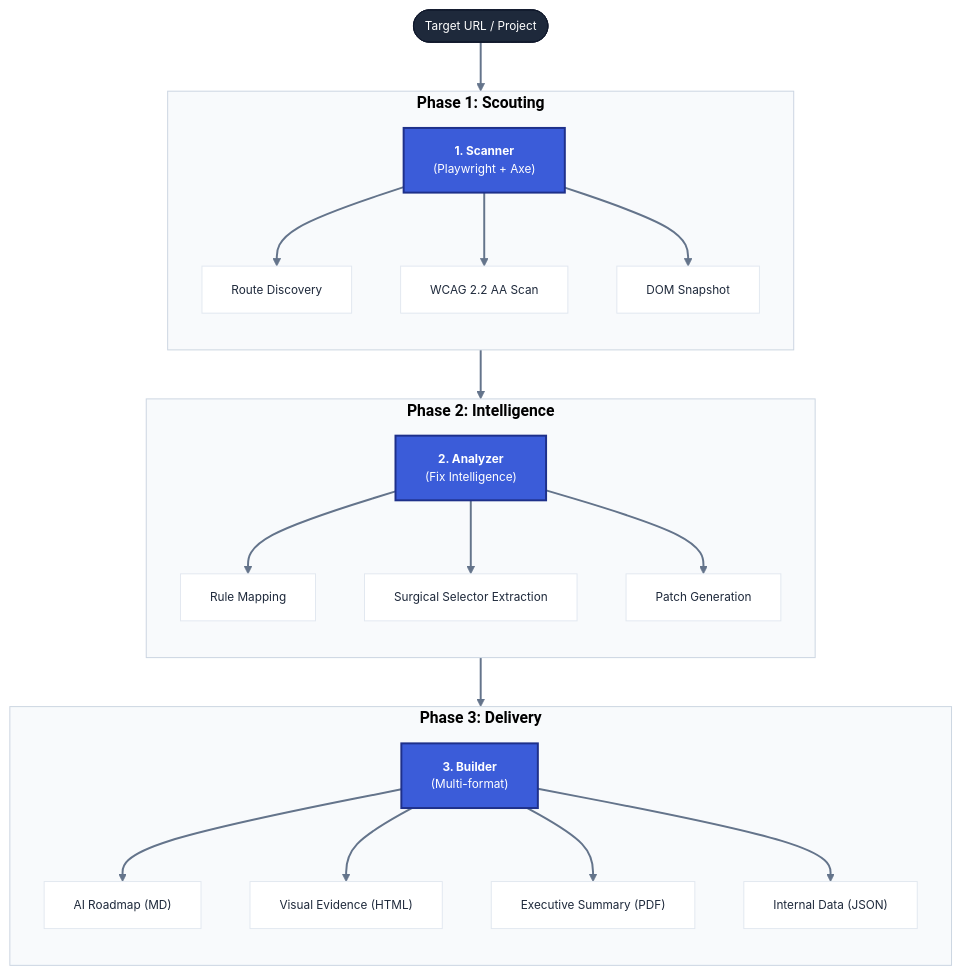
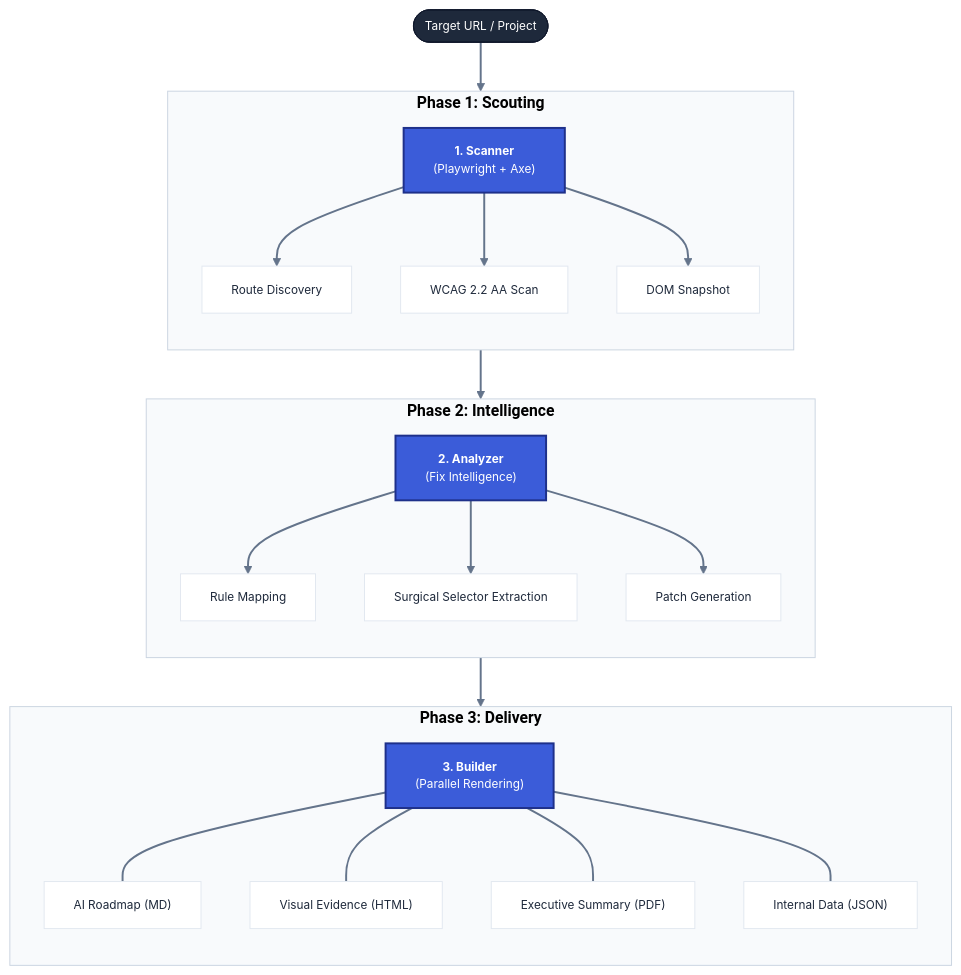
Before and after one commit to diegovelasquezweb/a11y-skill: the first of 2 diagrams in docs/architecture.md, drawn with Mermaid.

Commit message:
docs: Update architecture diagram Builder phase description to 'Parallel Rendering' and refine connection style.

````diff
--- a/docs/architecture.md
+++ b/docs/architecture.md
@@ -17,45 +17,45 @@
 ```mermaid
 %%{init: { 'theme': 'base', 'themeVariables': { 'primaryColor': '#3b5cd9', 'primaryTextColor': '#1e293b', 'primaryBorderColor': '#1e308a', 'lineColor': '#64748b', 'secondaryColor': '#f1f5f9', 'tertiaryColor': '#fff', 'mainBkg': '#fff', 'nodeBorder': '#e2e8f0', 'clusterBkg': '#f8fafc', 'clusterBorder': '#cbd5e1' } } }%%
 flowchart TD
     subgraph P1 ["Phase 1: Scouting"]
         direction TB
         B["<b>1. Scanner</b><br/>(Playwright + Axe)"]
         B1["Route Discovery"]
         B2["WCAG 2.2 AA Scan"]
         B3["DOM Snapshot"]
         B --> B1 & B2 & B3
     end
 
     subgraph P2 ["Phase 2: Intelligence"]
         direction TB
         C["<b>2. Analyzer</b><br/>(Fix Intelligence)"]
         C1["Rule Mapping"]
         C2["Surgical Selector Extraction"]
         C3["Patch Generation"]
         C --> C1 & C2 & C3
     end
 
     subgraph P3 ["Phase 3: Delivery"]
         direction TB
-        D["<b>3. Builder</b><br/>(Multi-format)"]
+        D["<b>3. Builder</b><br/>(Parallel Rendering)"]
         D1["AI Roadmap (MD)"]
         D2["Visual Evidence (HTML)"]
         D3["Executive Summary (PDF)"]
         D4["Internal Data (JSON)"]
-        D --> D1 & D2 & D3 & D4
+        D --- D1 & D2 & D3 & D4
     end
 
     A(["Target URL / Project"]) --> P1
     P1 --> P2
     P2 --> P3
 
     linkStyle default stroke:#64748b,stroke-width:2px;
     classDef default font-family:Inter,sans-serif,font-size:12px;
     classDef phase font-weight:bold,fill:#f8fafc,stroke:#cbd5e1;
     classDef core fill:#3b5cd9,color:#fff,stroke:#1e308a,stroke-width:2px;
     classDef target fill:#1e293b,color:#fff,stroke:#0f172a;
 
     class P1,P2,P3 phase;
     class B,C,D core;
     class A target;
 ```
````
